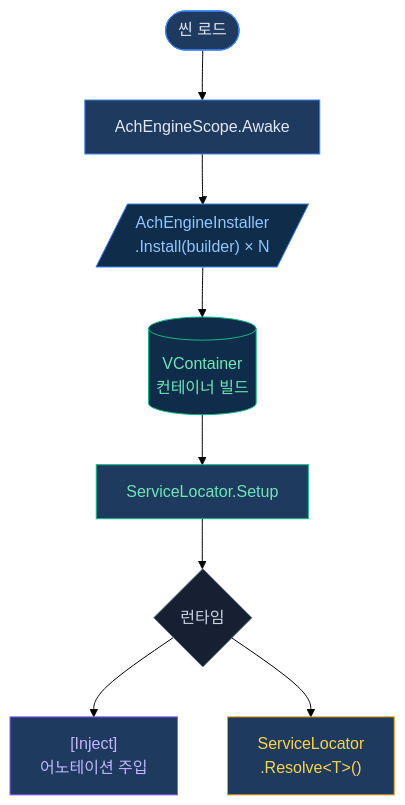
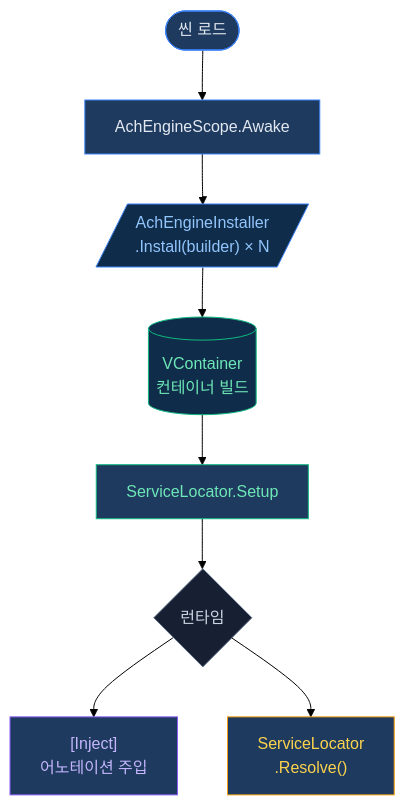
One commit to achieveonepark/AchEngine changed the diagram in Docs~/guide/di/index.md. Above: the diagram before and after it, drawn with Mermaid (forest theme). The commit also changed 20 other files, not shown here.

First line of the commit message:
fix: Mermaid syntax errors, JsonUtility→Newtonsoft, cross-links

````diff
--- a/Docs~/guide/di/index.md
+++ b/Docs~/guide/di/index.md
@@ -22,19 +22,19 @@
 ```mermaid
 flowchart TD
 A([씬 로드]) --> B[AchEngineScope.Awake]
-B --> C[/"AchEngineInstaller\n.Install(builder) × N"/]
-C --> D[(VContainer\n컨테이너 빌드)]
+B --> C[/"AchEngineInstaller<br/>.Install(builder) × N"/]
+C --> D[(VContainer<br/>컨테이너 빌드)]
 D --> E[ServiceLocator.Setup]
 E --> F{런타임}
-F --> G["[Inject]\n어노테이션 주입"]
-F --> H["ServiceLocator\n.Resolve&lt;T&gt;()"]
+F --> G["[Inject]<br/>어노테이션 주입"]
+F --> H["ServiceLocator<br/>.Resolve<T>()"]
 
 style A fill:#1e3a5f,stroke:#3b82f6,color:#e2e8f0
 style B fill:#1e3a5f,stroke:#3b82f6,color:#e2e8f0
 style C fill:#0f2d4a,stroke:#3b82f6,color:#93c5fd
 style D fill:#0f2d4a,stroke:#10b981,color:#6ee7b7
 style E fill:#1e3a5f,stroke:#10b981,color:#6ee7b7
 style F fill:#162032,stroke:#64748b,color:#cbd5e1
 style G fill:#1e3a5f,stroke:#8b5cf6,color:#c4b5fd
 style H fill:#1e3a5f,stroke:#f59e0b,color:#fcd34d
 ```
````
